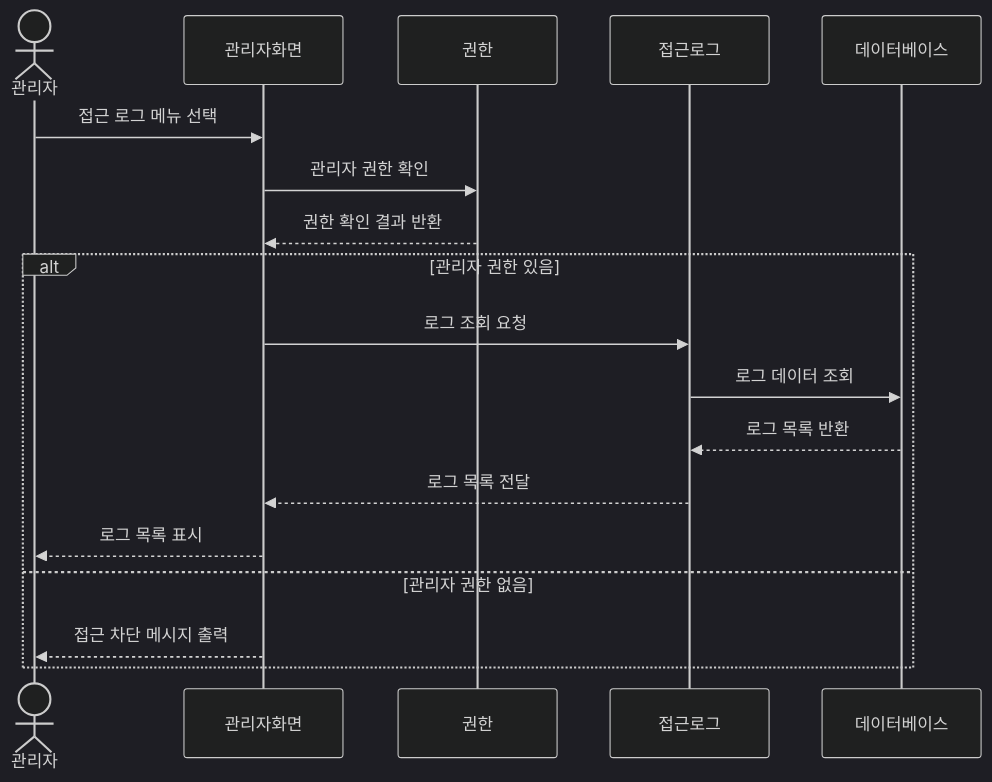
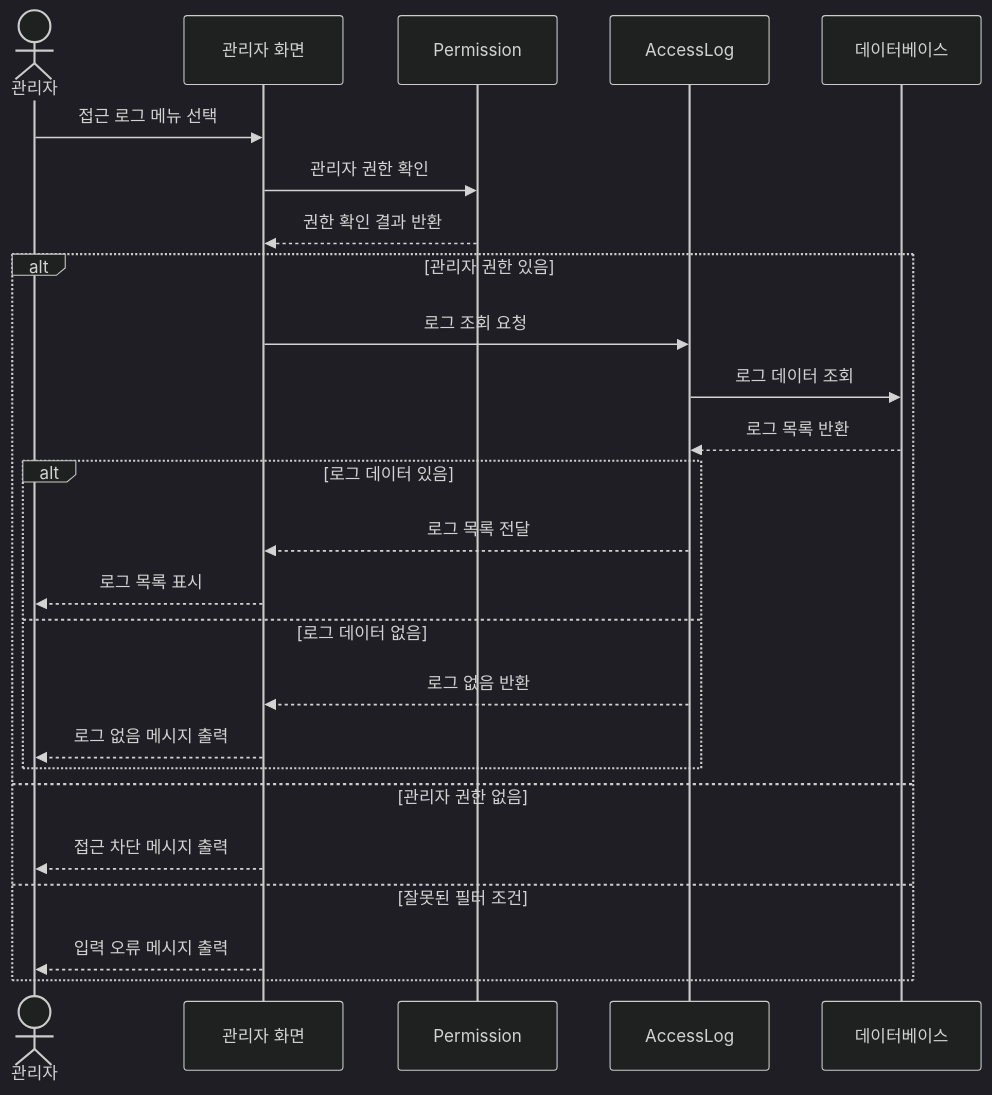
Diagram 15 of 16 in doc/requirements_analysis.md (csharon0218/se), drawn with Mermaid (dark theme) before and after one commit. The commit also changed other lines of this file and 7 other files, not shown here.

````diff
--- a/doc/requirements_analysis.md
+++ b/doc/requirements_analysis.md
@@ -1393,21 +1750,29 @@
 ```mermaid
 sequenceDiagram
     actor Admin as 관리자
-    participant UI as 관리자화면
-    participant Perm as 권한
-    participant Log as 접근로그
+    participant UI as 관리자 화면
+    participant Permission as Permission
+    participant Log as AccessLog
     participant DB as 데이터베이스
 
     Admin->>UI: 접근 로그 메뉴 선택
-    UI->>Perm: 관리자 권한 확인
-    Perm-->>UI: 권한 확인 결과 반환
+    UI->>Permission: 관리자 권한 확인
+    Permission-->>UI: 권한 확인 결과 반환
+
     alt 관리자 권한 있음
         UI->>Log: 로그 조회 요청
         Log->>DB: 로그 데이터 조회
         DB-->>Log: 로그 목록 반환
-        Log-->>UI: 로그 목록 전달
-        UI-->>Admin: 로그 목록 표시
+        alt 로그 데이터 있음
+            Log-->>UI: 로그 목록 전달
+            UI-->>Admin: 로그 목록 표시
+        else 로그 데이터 없음
+            Log-->>UI: 로그 없음 반환
+            UI-->>Admin: 로그 없음 메시지 출력
+        end
     else 관리자 권한 없음
         UI-->>Admin: 접근 차단 메시지 출력
+    else 잘못된 필터 조건
+        UI-->>Admin: 입력 오류 메시지 출력
     end
 ```
````
